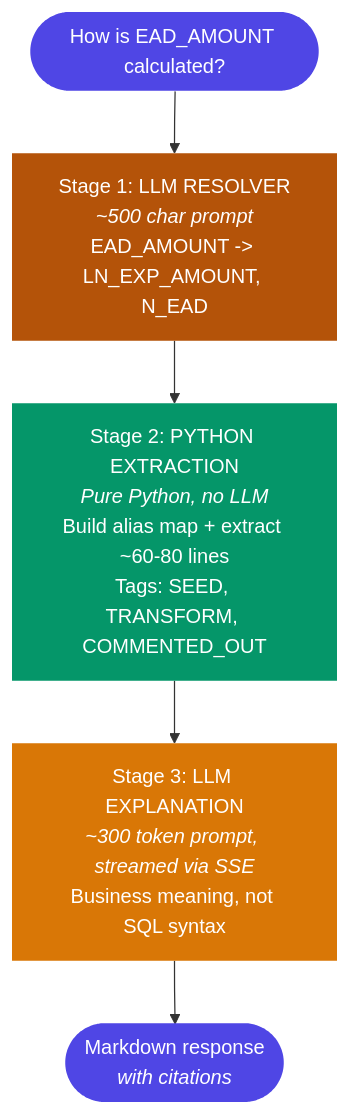
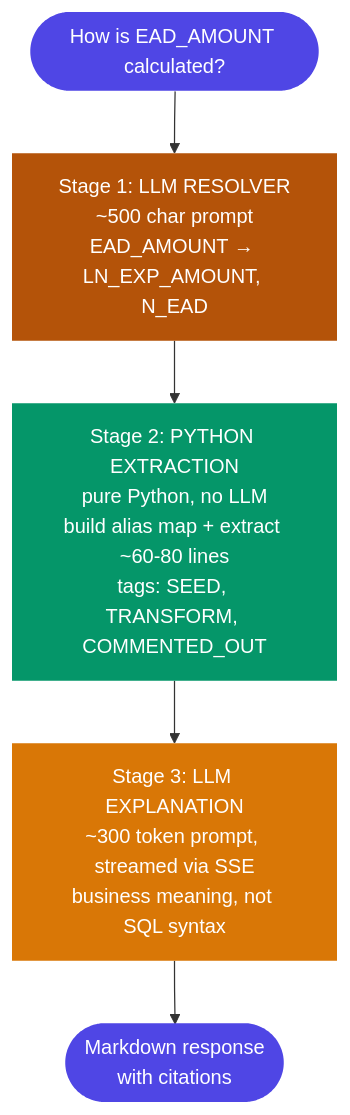
Before and after one commit to OsamaAdeel/R-TIE: the ninth of 9 diagrams in README.md, drawn with Mermaid. The commit also changed other lines of this file, not shown here.

````diff
--- a/README.md
+++ b/README.md
@@ -582,16 +724,16 @@
 ```mermaid
 flowchart TD
     UQ(["How is EAD_AMOUNT calculated?"])
-    S1["Stage 1: LLM RESOLVER<br/><i>~500 char prompt</i><br/>EAD_AMOUNT -> LN_EXP_AMOUNT, N_EAD"]
-    S2["Stage 2: PYTHON EXTRACTION<br/><i>Pure Python, no LLM</i><br/>Build alias map + extract ~60-80 lines<br/>Tags: SEED, TRANSFORM, COMMENTED_OUT"]
-    S3["Stage 3: LLM EXPLANATION<br/><i>~300 token prompt, streamed via SSE</i><br/>Business meaning, not SQL syntax"]
-    OUT(["Markdown response<br/><i>with citations</i>"])
+    S1["Stage 1: LLM RESOLVER<br/>~500 char prompt<br/>EAD_AMOUNT → LN_EXP_AMOUNT, N_EAD"]
+    S2["Stage 2: PYTHON EXTRACTION<br/>pure Python, no LLM<br/>build alias map + extract ~60-80 lines<br/>tags: SEED, TRANSFORM, COMMENTED_OUT"]
+    S3["Stage 3: LLM EXPLANATION<br/>~300 token prompt, streamed via SSE<br/>business meaning, not SQL syntax"]
+    OUT(["Markdown response<br/>with citations"])
 
     UQ --> S1 --> S2 --> S3 --> OUT
 
     style UQ fill:#4f46e5,color:#fff,stroke:none
     style S1 fill:#b45309,color:#fff,stroke:none
     style S2 fill:#059669,color:#fff,stroke:none
     style S3 fill:#d97706,color:#fff,stroke:none
     style OUT fill:#4f46e5,color:#fff,stroke:none
 ```
````
